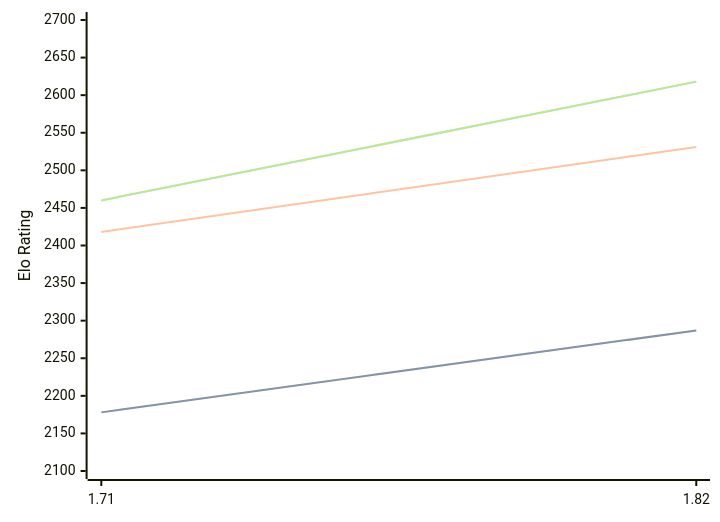
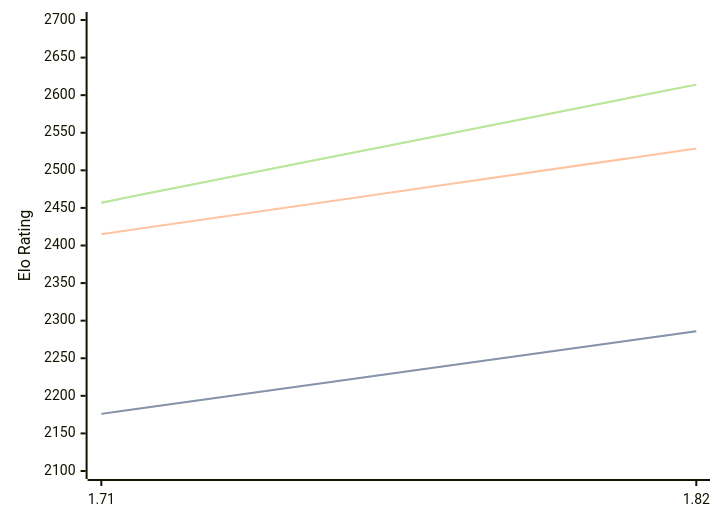
The diagram in engines/Amira.md (computer-chess-index/cci), drawn with Mermaid before and after one commit. The commit also changed other lines of this file, not shown here.

Commit message:
Update CCI Ratings (ELO VLTC) - 2026-08-12

````diff
--- a/engines/Amira.md
+++ b/engines/Amira.md
@@ -32,11 +32,11 @@
 ```mermaid
 %%{init: {"theme":"base","themeVariables":{"seriesColors:['#a3a3a3','#222221','#faa371']}}}%%
 xychart-beta
   x-axis ["1.71", "1.82"]
   y-axis "Elo Rating" 2100 --> 2700
-  line "STC (8.0+0.08s)" [2178, 2287]
-  line "STC (8.0+0.08s)" [2178, 2287]
-  line "LTC (60.0+0.60s)" [2418, 2531]
-  line "VLTC (2m24s+1.12s)" [2460, 2618]
-  line "VLTC (2m24s+1.12s)" [2460, 2618]
+  line "STC (8.0+0.08s)" [2176, 2286]
+  line "STC (8.0+0.08s)" [2176, 2286]
+  line "LTC (60.0+0.60s)" [2415, 2529]
+  line "VLTC (2m24s+1.12s)" [2457, 2614]
+  line "VLTC (2m24s+1.12s)" [2457, 2614]
 ```
````
